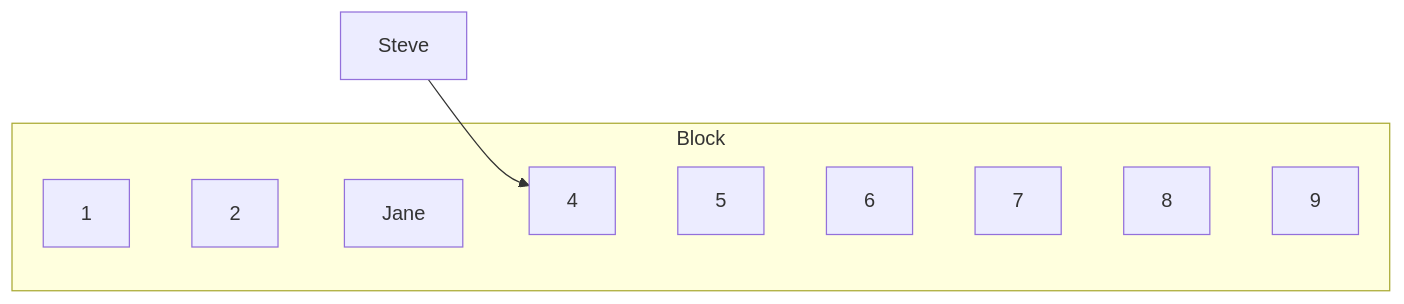
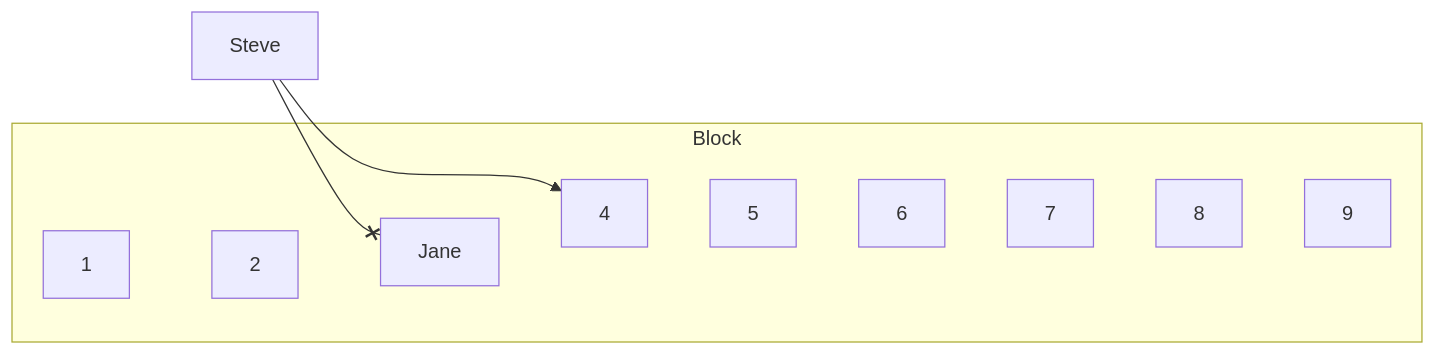
Before and after one commit to tsolenthaler/zbwAlgDs: the second of 3 diagrams in docs/datenstrukturen/hashtable.md, drawn with Mermaid.

Commit message:
Add missing connection in mermaid flowchart for hashtable documentation

````diff
--- a/docs/datenstrukturen/hashtable.md
+++ b/docs/datenstrukturen/hashtable.md
@@ -149,7 +149,8 @@
 ``` mermaid
 flowchart LR
+    Steve --x 3
     Steve --> 4
     subgraph Block
     1 ~~~ 2 ~~~ 3[Jane] ~~~ 4 ~~~ 5 ~~~ 6 ~~~ 7 ~~~ 8 ~~~ 9
     end
 ```
````
